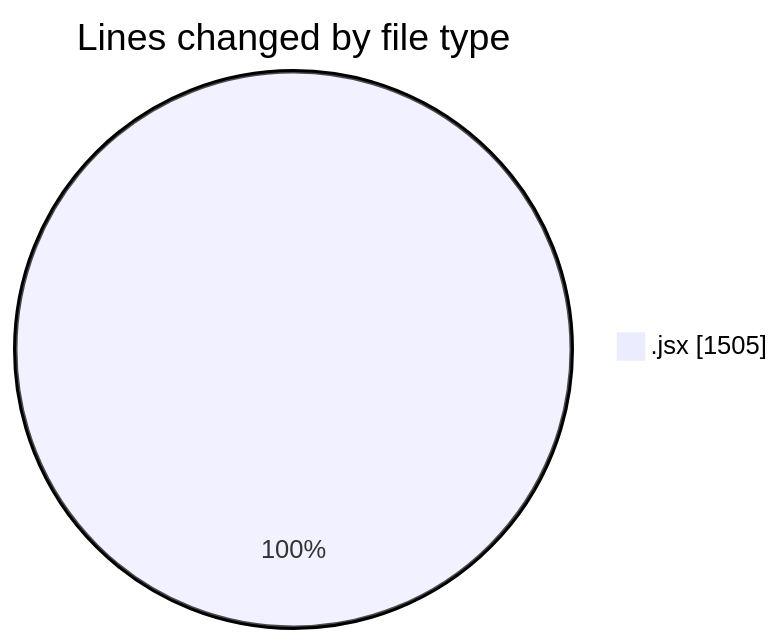
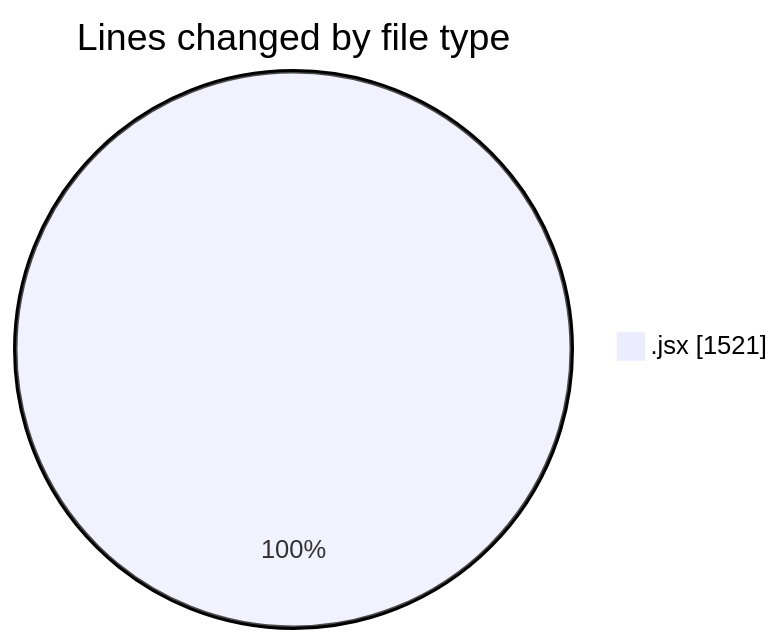
The first of 2 diagrams in 2025-08-22/nxtqube_webapp/README.md (nxtqubesakshisongat/code-tracking), drawn with Mermaid before and after one commit. The commit also changed other lines of this file and 1 other file, not shown here.

````diff
--- a/2025-08-22/nxtqube_webapp/README.md
+++ b/2025-08-22/nxtqube_webapp/README.md
@@ -20,5 +20,5 @@
 ```mermaid
 pie showData
 title Lines changed by file type
-".jsx" : 1505
+".jsx" : 1521
 ```
````
